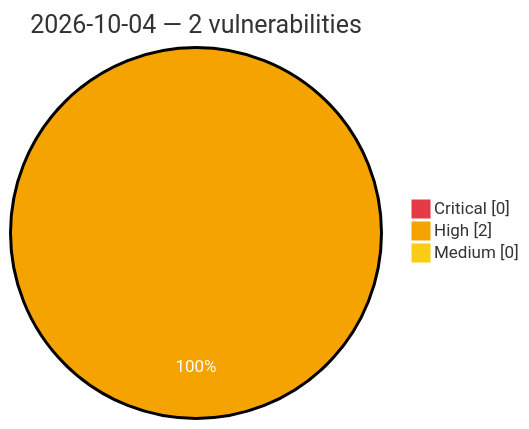
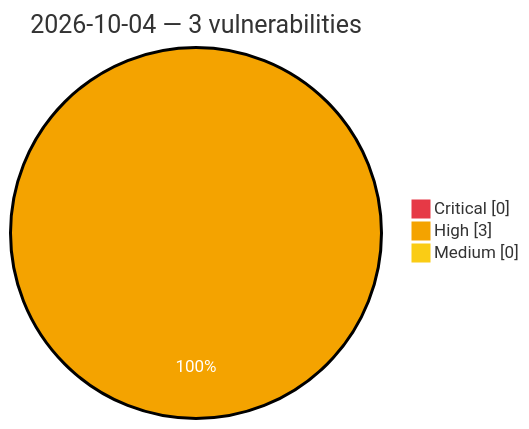
The diagram in vulnerabilities/2026/October/2026-10-04.md (GhostX0X/vuln-tracker), drawn with Mermaid before and after one commit. The commit also changed other lines of this file and 5 other files, not shown here.

````diff
--- a/vulnerabilities/2026/October/2026-10-04.md
+++ b/vulnerabilities/2026/October/2026-10-04.md
@@ -3,8 +3,8 @@
 ```mermaid
 %%{init: {'theme':'base', 'themeVariables': {'pie1':'#e63946', 'pie2':'#f4a300', 'pie3':'#facc15', 'pieOpacity':'1', 'pieOuterStrokeWidth':'2px', 'pieSectionTextColor':'#ffffff'}}}%%
 pie showData
-    title 2026-10-04 — 2 vulnerabilities
+    title 2026-10-04 — 3 vulnerabilities
     "Critical" : 0
-    "High" : 2
+    "High" : 3
     "Medium" : 0
 ```
````
